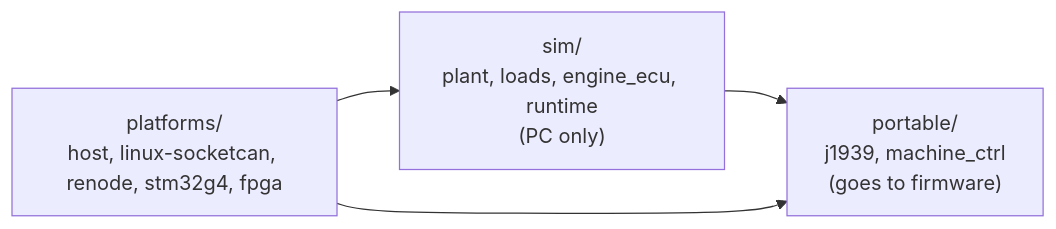
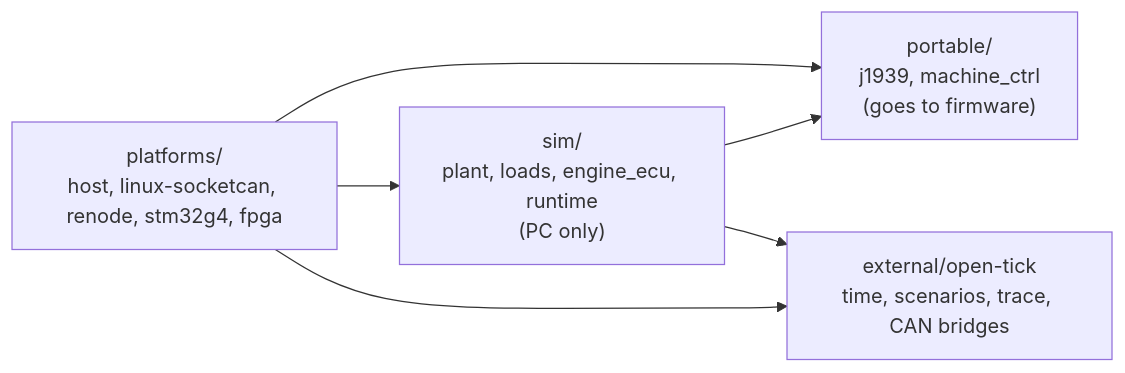
One commit to Open-Heavy-Machinery/open-crank changed the diagram in README.md. Above: the diagram before and after it, drawn with Mermaid. The commit also changed other lines of this file and 3 other files, not shown here.

First line of the commit message:
docs: open-tick in the architecture, README, roadmap and changelog

````diff
--- a/README.md
+++ b/README.md
@@ -68,9 +69,12 @@
 ```mermaid
 flowchart LR
     P["portable/<br/>j1939, machine_ctrl<br/>(goes to firmware)"]
     S["sim/<br/>plant, loads, engine_ecu, runtime<br/>(PC only)"]
     F["platforms/<br/>host, linux-socketcan, renode, stm32g4, fpga"]
+    T["external/open-tick<br/>time, scenarios, trace, CAN bridges"]
     S --> P
     F --> P
     F --> S
+    S --> T
+    F --> T
 ```
````
